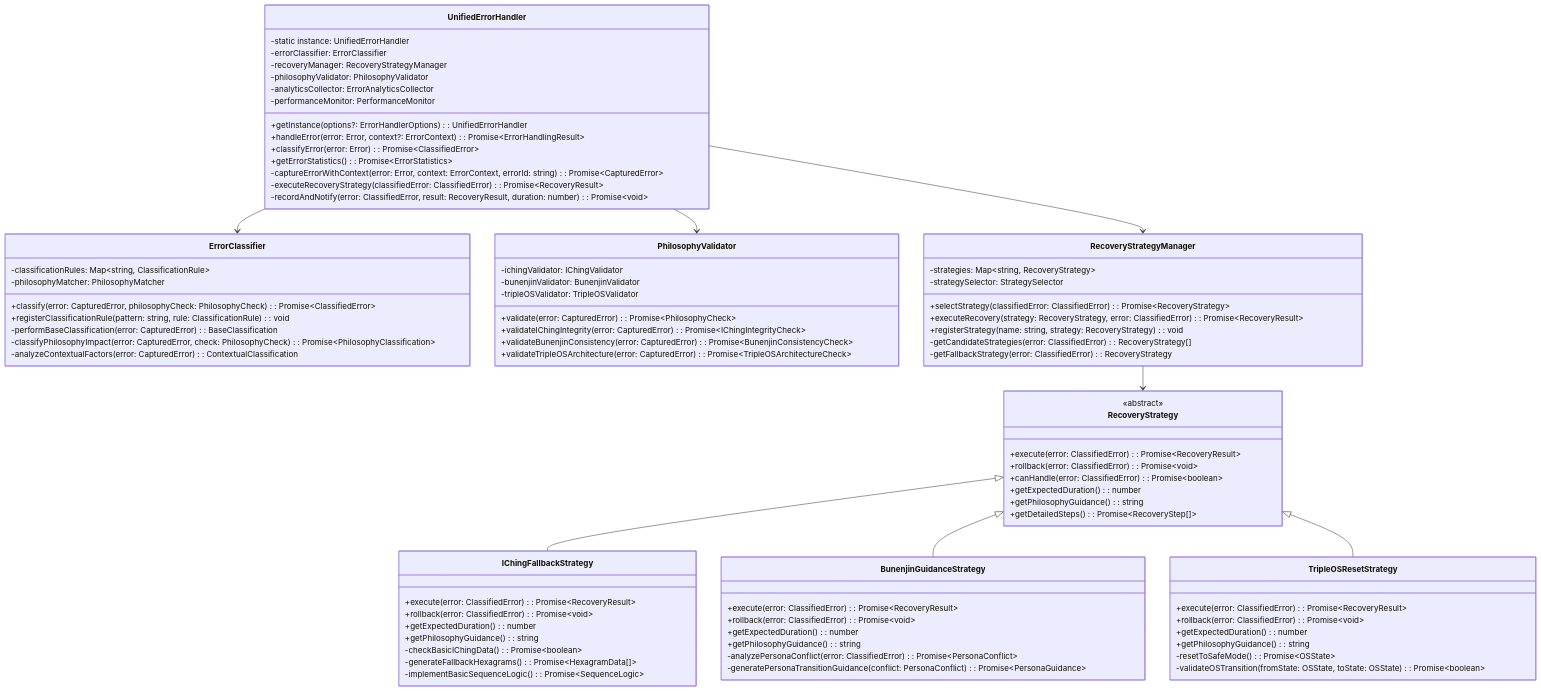
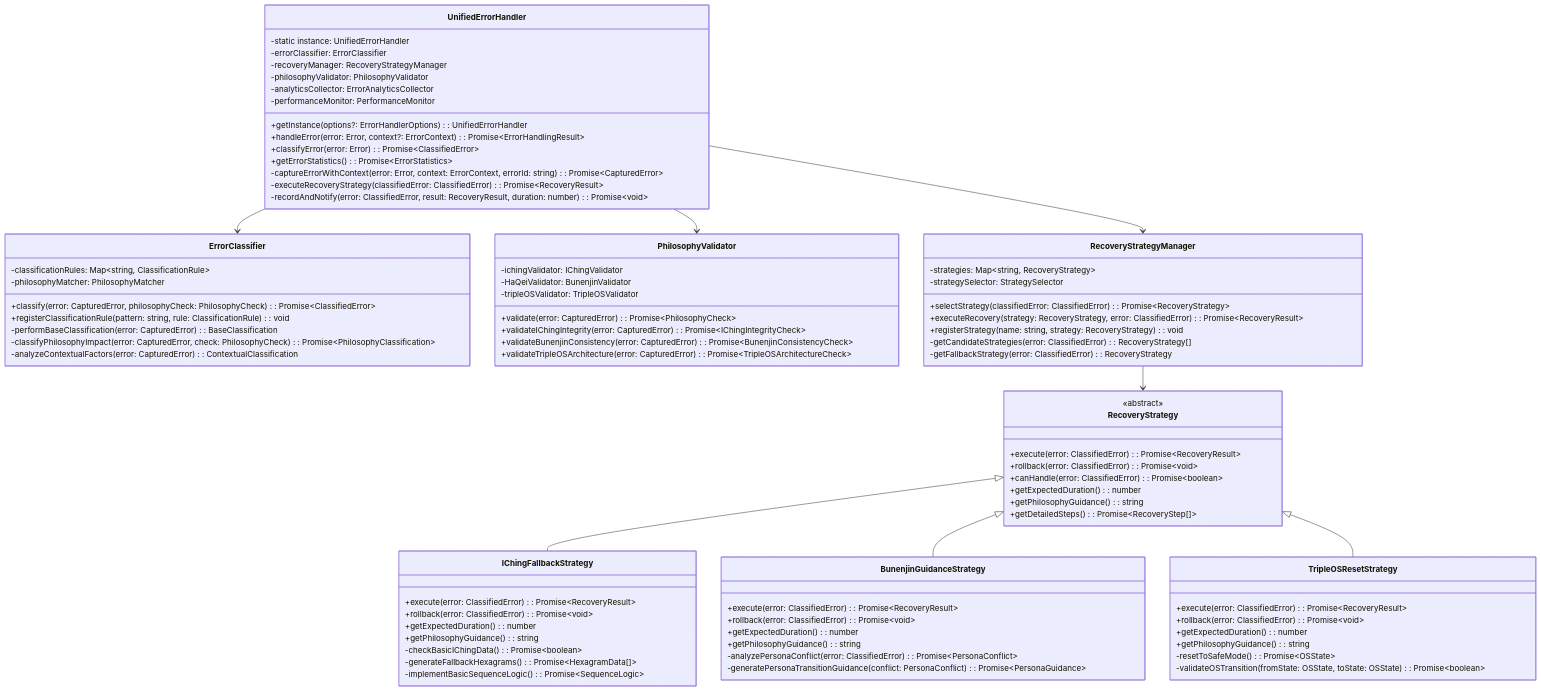
The diagram in HAQEI_ERROR_HANDLING_CLASS_DESIGN.md (hidenaka/haqei-analyzer), drawn with Mermaid before and after one commit. The commit also changed other lines of this file and 1060 other files, not shown here.

```diff
--- a/HAQEI_ERROR_HANDLING_CLASS_DESIGN.md
+++ b/HAQEI_ERROR_HANDLING_CLASS_DESIGN.md
@@ -32,7 +32,7 @@
 
     class PhilosophyValidator {
         -ichingValidator: IChingValidator
-        -bunenjinValidator: BunenjinValidator
+        -HaQeiValidator: BunenjinValidator
         -tripleOSValidator: TripleOSValidator
         +validate(error: CapturedError): Promise~PhilosophyCheck~
         +validateIChingIntegrity(error: CapturedError): Promise~IChingIntegrityCheck~
```
